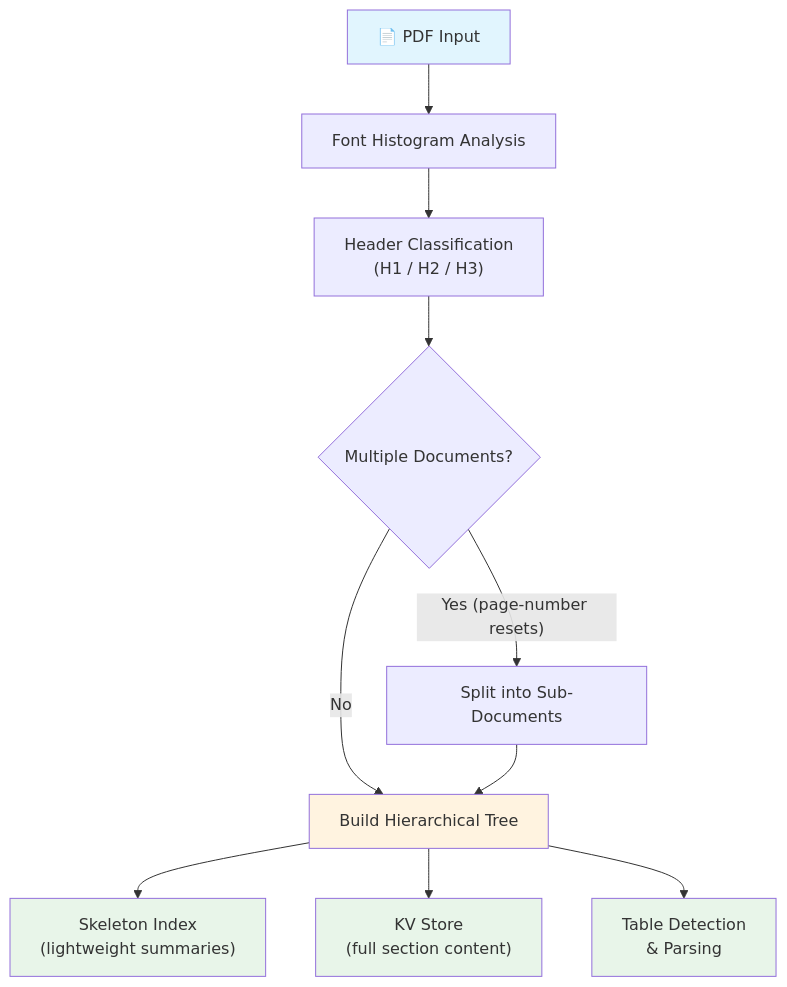
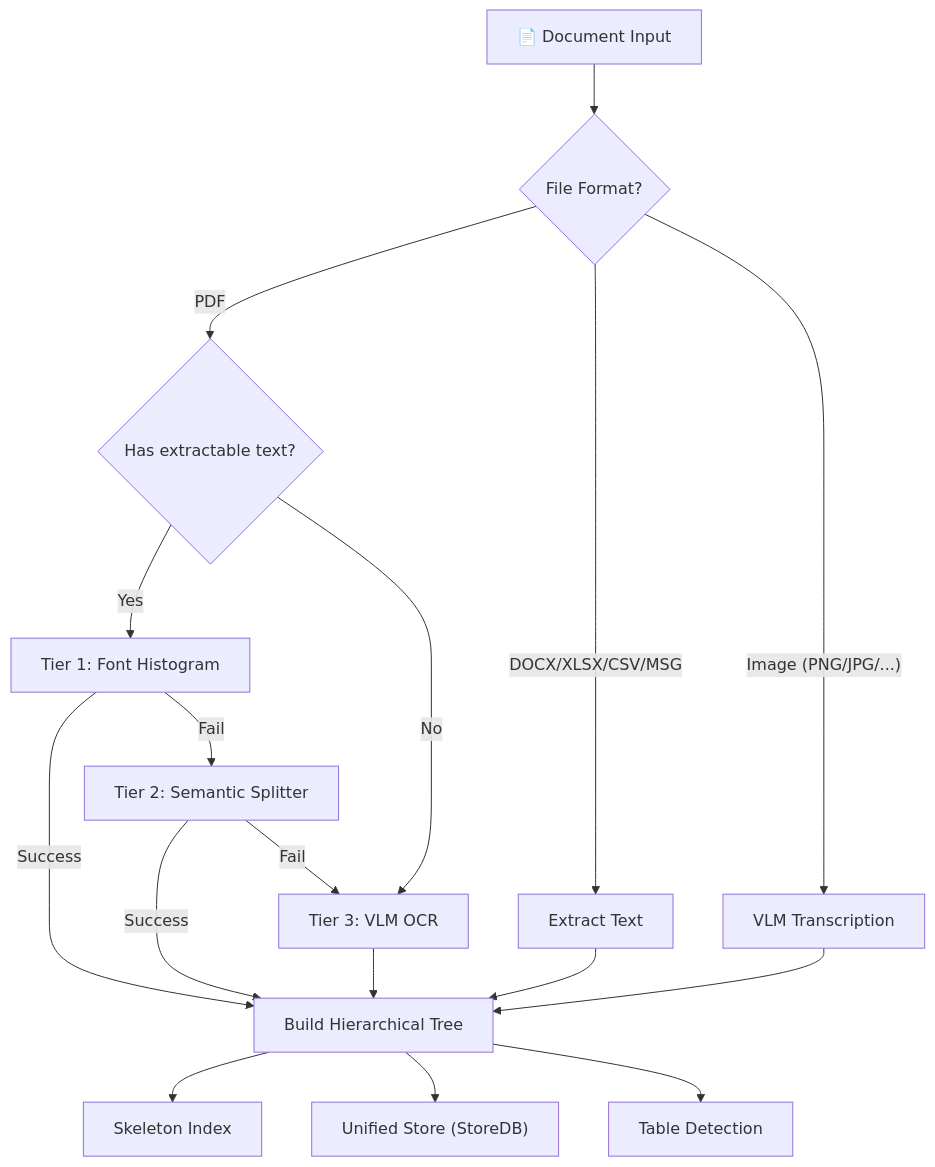
The second of 7 diagrams in README.md (theeufj/RNSR), drawn with Mermaid before and after one commit. The commit also changed other lines of this file and 9 other files, not shown here.

Commit message:
fixes for RNSR with docx parsing and tree navigation

````diff
--- a/README.md
+++ b/README.md
@@ -721,18 +735,24 @@
 ```mermaid
 flowchart TD
-    A["📄 PDF Input"] --> B["Font Histogram Analysis"]
-    B --> C["Header Classification<br>(H1 / H2 / H3)"]
-    C --> D{"Multiple Documents?"}
-    D -->|"Yes (page-number resets)"| E["Split into Sub-Documents"]
-    D -->|No| F["Build Hierarchical Tree"]
-    E --> F
-    F --> G["Skeleton Index<br>(lightweight summaries)"]
-    F --> H["KV Store<br>(full section content)"]
-    F --> I["Table Detection<br>& Parsing"]
+    INPUT["📄 Document Input"] --> FMT{"File Format?"}
 
-    style A fill:#e1f5fe
-    style F fill:#fff3e0
-    style G fill:#e8f5e9
-    style H fill:#e8f5e9
-    style I fill:#e8f5e9
+    FMT -->|PDF| EXTRACT{"Has extractable text?"}
+    FMT -->|DOCX/XLSX/CSV/MSG| TEXT["Extract Text"]
+    FMT -->|"Image (PNG/JPG/...)"| VLM_IMG["VLM Transcription"]
+
+    EXTRACT -->|Yes| T1["Tier 1: Font Histogram"]
+    EXTRACT -->|No| T3
+
+    T1 -->|Success| TREE["Build Hierarchical Tree"]
+    T1 -->|Fail| T2["Tier 2: Semantic Splitter"]
+    T2 -->|Success| TREE
+    T2 -->|Fail| T3["Tier 3: VLM OCR"]
+    T3 --> TREE
+
+    TEXT --> TREE
+    VLM_IMG --> TREE
+
+    TREE --> SKEL["Skeleton Index"]
+    TREE --> KV["Unified Store (StoreDB)"]
+    TREE --> TBL["Table Detection"]
 ```
````
